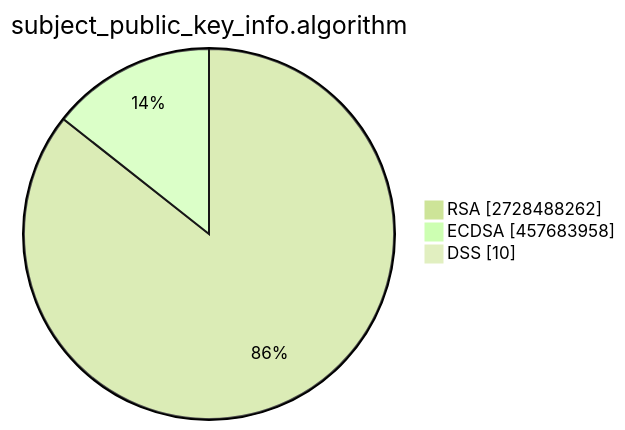
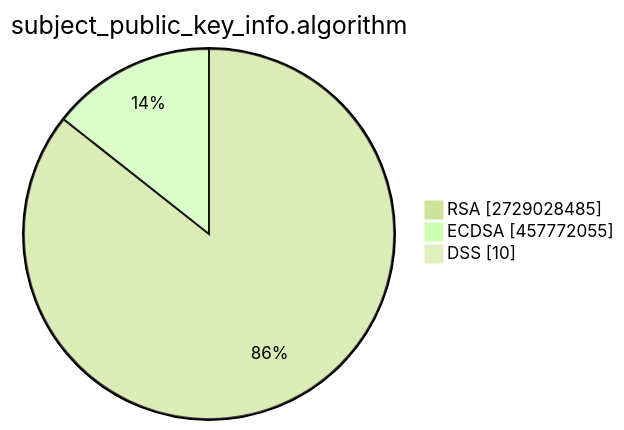
The second of 15 diagrams in TOTAL/README.md (christiankrug/ctmonitor_visualization), drawn with Mermaid (forest theme) before and after one commit. The commit also changed other lines of this file, not shown here.

````diff
--- a/TOTAL/README.md
+++ b/TOTAL/README.md
@@ -6,7 +6,7 @@
 ```mermaid
 pie showData
 title subject_public_key_info.algorithm
-"RSA" :2728488262
-"ECDSA" :457683958
+"RSA" :2729028485
+"ECDSA" :457772055
 "DSS" :10
 ```
````
